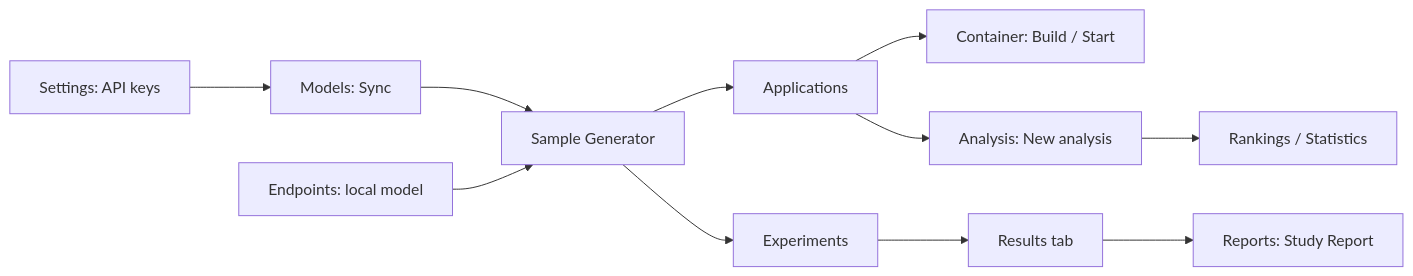
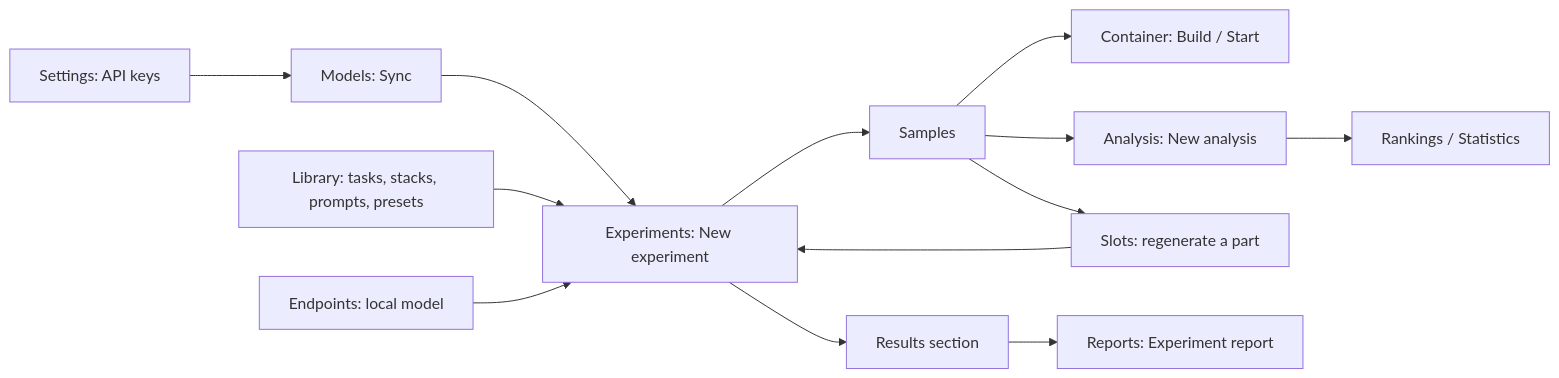
One commit to GrabowMar/AutoLLM_Code_Analyzer_rework changed the diagram in docs/USER_GUIDE.md. Above: the diagram before and after it, drawn with Mermaid. The commit also changed other lines of this file and 2828 other files, not shown here.

````diff
--- a/docs/USER_GUIDE.md
+++ b/docs/USER_GUIDE.md
@@ -41,13 +42,15 @@
 ```mermaid
 flowchart LR
   K[Settings: API keys] --> M[Models: Sync]
-  M --> G[Sample Generator]
+  M --> G[Experiments: New experiment]
+  L[Library: tasks, stacks, prompts, presets] --> G
   E[Endpoints: local model] --> G
-  G --> A[Applications]
+  G --> A[Samples]
   A --> R[Container: Build / Start]
   A --> N[Analysis: New analysis]
-  G --> X[Experiments]
-  X --> RS[Results tab]
+  A --> SL[Slots: regenerate a part]
+  SL --> G
+  G --> RS[Results section]
   N --> I[Rankings / Statistics]
-  RS --> P[Reports: Study Report]
+  RS --> P[Reports: Experiment report]
 ```
````
